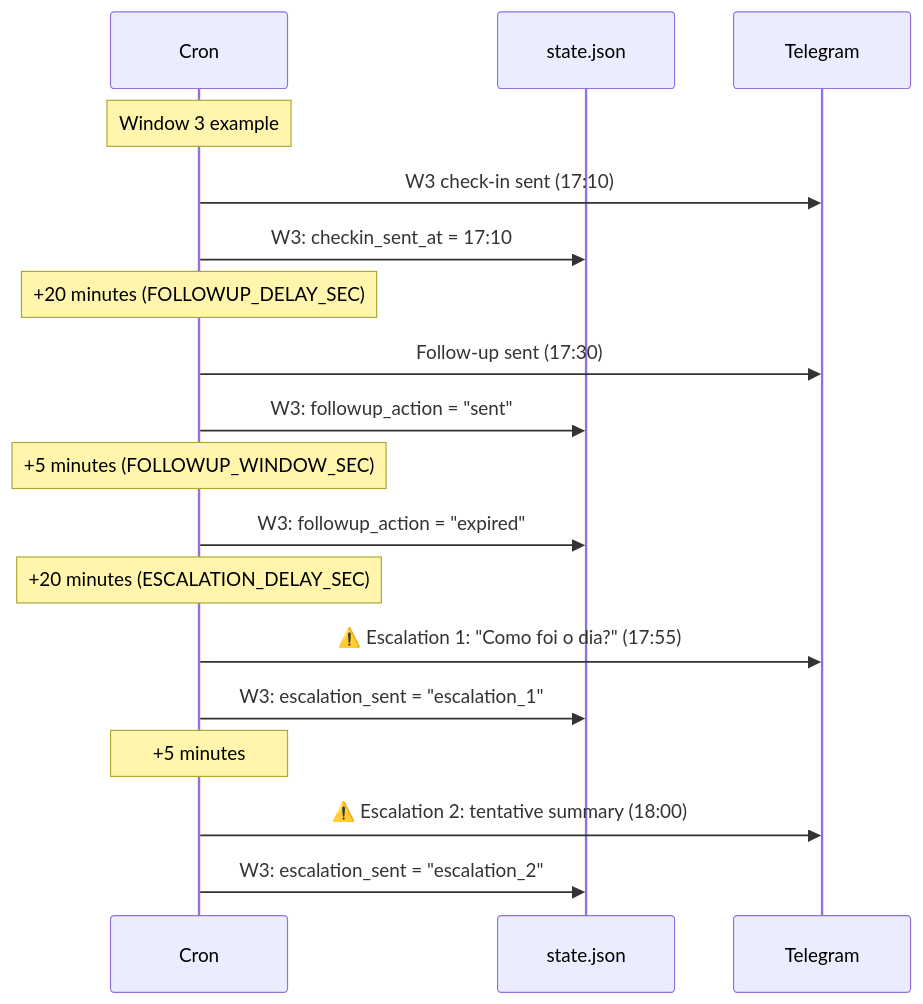
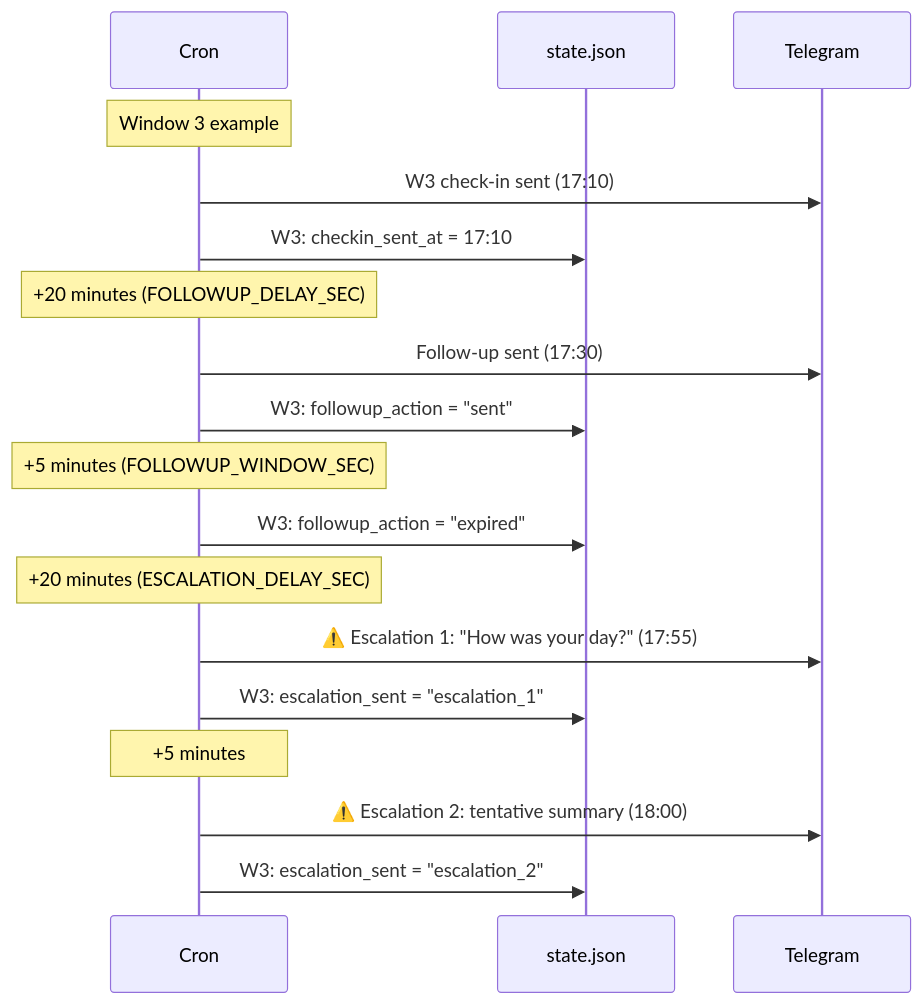
The fourth of 11 diagrams in hermes-data/docs/ACCOUNTABILITY-FLOW.md (augustoolucas/hermes-config), drawn with Mermaid before and after one commit. The commit also changed other lines of this file, not shown here.

First line of the commit message:
docs: ACCOUNTABILITY-FLOW.md — complete architecture doc (EN)

````diff
--- a/hermes-data/docs/ACCOUNTABILITY-FLOW.md
+++ b/hermes-data/docs/ACCOUNTABILITY-FLOW.md
@@ -148,25 +219,25 @@
 ```mermaid
 sequenceDiagram
     participant cron as Cron
     participant state as state.json
     participant tg as Telegram
 
     Note over cron: Window 3 example
     cron->>tg: W3 check-in sent (17:10)
     cron->>state: W3: checkin_sent_at = 17:10
 
     Note over cron: +20 minutes (FOLLOWUP_DELAY_SEC)
     cron->>tg: Follow-up sent (17:30)
     cron->>state: W3: followup_action = "sent"
 
     Note over cron: +5 minutes (FOLLOWUP_WINDOW_SEC)
     cron->>state: W3: followup_action = "expired"
 
     Note over cron: +20 minutes (ESCALATION_DELAY_SEC)
-    cron->>tg: ⚠️ Escalation 1: "Como foi o dia?" (17:55)
+    cron->>tg: ⚠️ Escalation 1: "How was your day?" (17:55)
     cron->>state: W3: escalation_sent = "escalation_1"
 
     Note over cron: +5 minutes
     cron->>tg: ⚠️ Escalation 2: tentative summary (18:00)
     cron->>state: W3: escalation_sent = "escalation_2"
 ```
````
